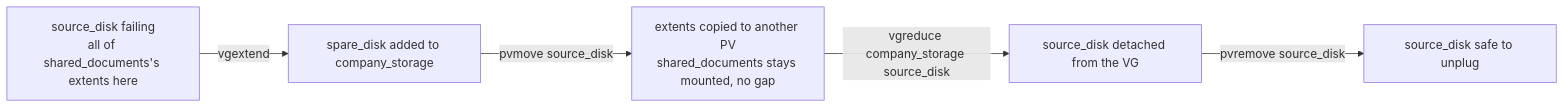
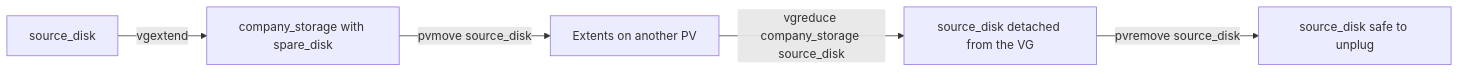
The diagram in sections/section-030/module-02/course.md (astrona-io/ATS004), drawn with Mermaid before and after one commit. The commit also changed other lines of this file and 287 other files, not shown here.

````diff
--- a/sections/section-030/module-02/course.md
+++ b/sections/section-030/module-02/course.md
@@ -16,7 +16,7 @@
 ```mermaid
 flowchart LR
-    A["source_disk failing<br/>all of shared_documents's extents here"] -->|vgextend| B["spare_disk added to company_storage"]
-    B -->|pvmove source_disk| C["extents copied to another PV<br/>shared_documents stays mounted, no gap"]
+    A["source_disk"] -->|vgextend| B["company_storage with spare_disk"]
+    B -->|pvmove source_disk| C["Extents on another PV"]
     C -->|vgreduce company_storage source_disk| D["source_disk detached from the VG"]
     D -->|pvremove source_disk| E["source_disk safe to unplug"]
 ```
````
